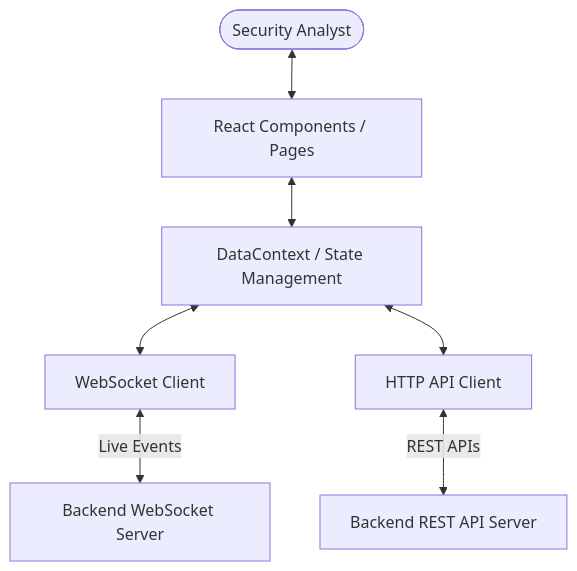
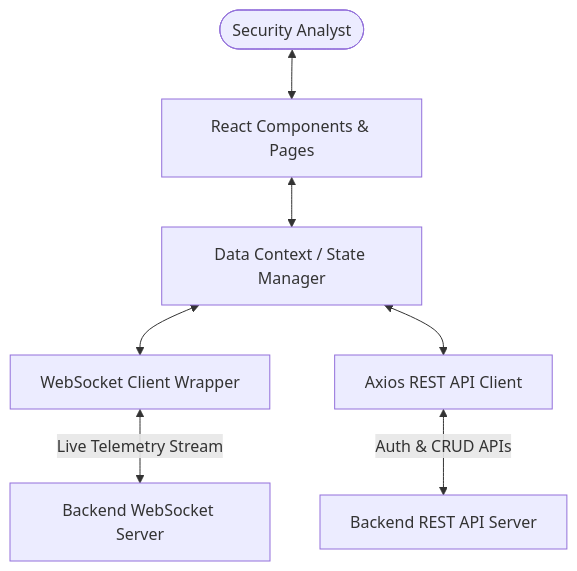
Before and after one commit to Sayed-Herzallah/insider-guardian: the diagram in README.md, drawn with Mermaid. The commit also changed other lines of this file, not shown here.

````diff
--- a/README.md
+++ b/README.md
@@ -15,9 +25,10 @@
 ```mermaid
 graph TD
-    User([Security Analyst]) <--> UI[React Components / Pages]
-    UI <--> Context[DataContext / State Management]
-    Context <--> WSClient[WebSocket Client]
-    Context <--> APIClient[HTTP API Client]
-    WSClient <-->|Live Events| BackendWS[Backend WebSocket Server]
-    APIClient <-->|REST APIs| BackendREST[Backend REST API Server]
+    User([Security Analyst]) <--> UI[React Components & Pages]
+    UI <--> Context[Data Context / State Manager]
+    Context <--> WSClient[WebSocket Client Wrapper]
+    Context <--> APIClient[Axios REST API Client]
+    
+    WSClient <-->|Live Telemetry Stream| BackendWS[Backend WebSocket Server]
+    APIClient <-->|Auth & CRUD APIs| BackendREST[Backend REST API Server]
 ```
````
